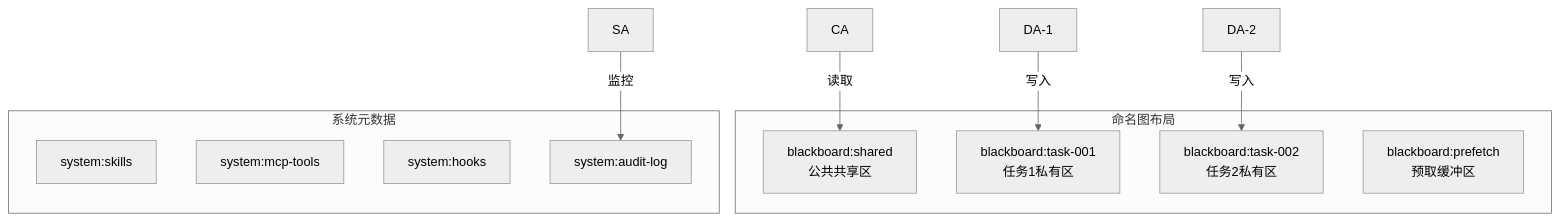
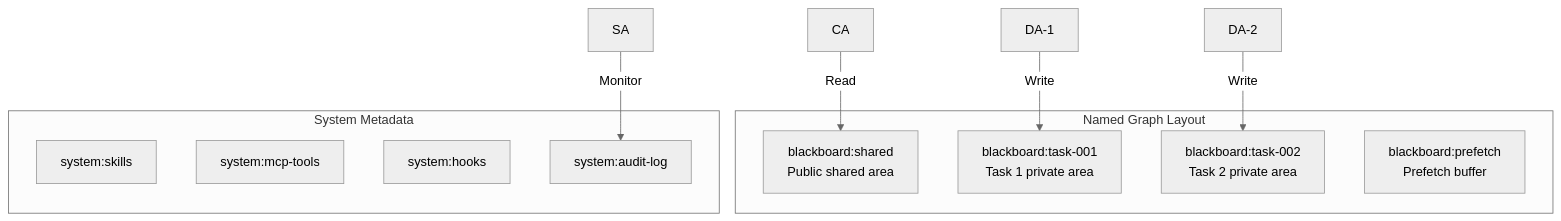
One commit to skaiy/wild_agentos changed the second of 6 diagrams in docs/03-memory-system.md. Above: the diagram before and after it, drawn with Mermaid (neutral theme). The commit also changed other lines of this file and 23 other files, not shown here.

````diff
--- a/docs/03-memory-system.md
+++ b/docs/03-memory-system.md
@@ -216,21 +185,19 @@
 ```mermaid
 graph TB
-    subgraph 命名图布局
-        SHARED["blackboard:shared<br/>公共共享区"]
-        TASK1["blackboard:task-001<br/>任务1私有区"]
-        TASK2["blackboard:task-002<br/>任务2私有区"]
-        PREFETCH["blackboard:prefetch<br/>预取缓冲区"]
+    subgraph Named Graph Layout
+        SHARED["blackboard:shared<br/>Public shared area"]
+        TASK1["blackboard:task-001<br/>Task 1 private area"]
+        TASK2["blackboard:task-002<br/>Task 2 private area"]
+        PREFETCH["blackboard:prefetch<br/>Prefetch buffer"]
     end
-
-    subgraph 系统元数据
+    subgraph System Metadata
         SKILLS["system:skills"]
         MCP["system:mcp-tools"]
         HOOKS["system:hooks"]
         AUDIT["system:audit-log"]
     end
-
-    DA1["DA-1"] -->|写入| TASK1
-    DA2["DA-2"] -->|写入| TASK2
-    CA["CA"] -->|读取| SHARED
-    SA["SA"] -->|监控| AUDIT
+    DA1["DA-1"] -->|Write| TASK1
+    DA2["DA-2"] -->|Write| TASK2
+    CA["CA"] -->|Read| SHARED
+    SA["SA"] -->|Monitor| AUDIT
 ```
````
